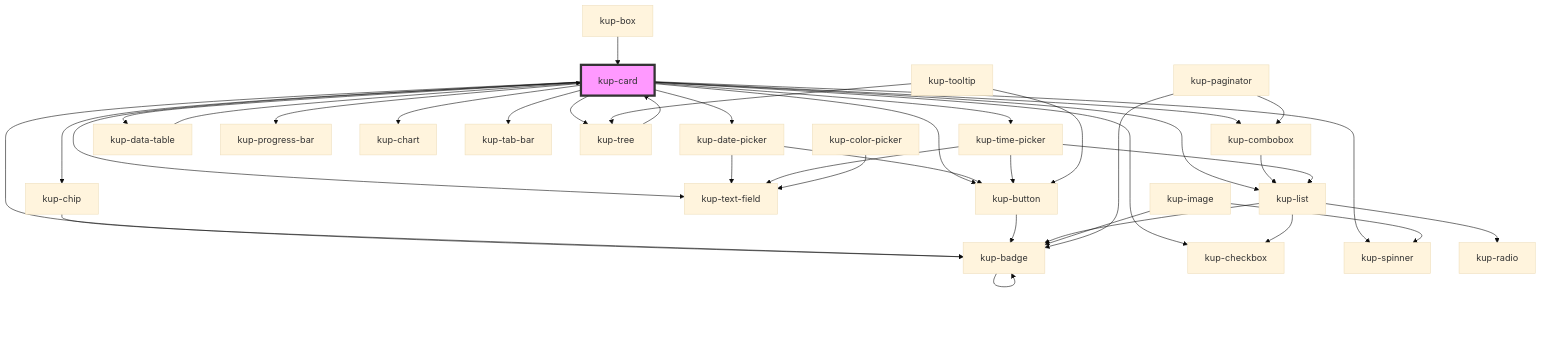
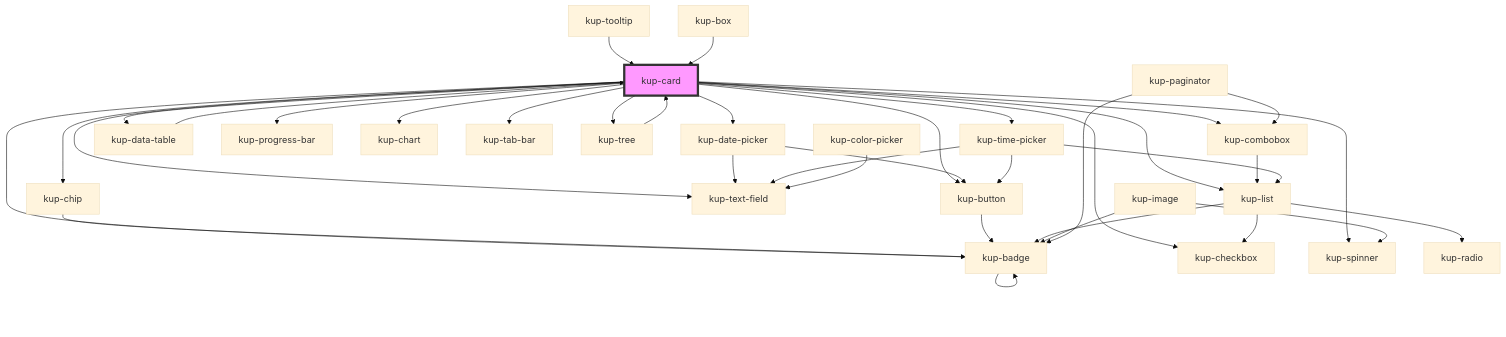
One commit to smeup/ketchup changed the diagram in packages/ketchup/src/components/kup-card/readme.md. Above: the diagram before and after it, drawn with Mermaid (base theme). The commit also changed other lines of this file and 9 other files, not shown here.

````diff
--- a/packages/ketchup/src/components/kup-card/readme.md
+++ b/packages/ketchup/src/components/kup-card/readme.md
@@ -88,41 +89,40 @@
 ```mermaid
 graph TD;
   kup-card --> kup-chip
   kup-card --> kup-badge
   kup-card --> kup-button
   kup-card --> kup-checkbox
   kup-card --> kup-combobox
   kup-card --> kup-date-picker
   kup-card --> kup-text-field
   kup-card --> kup-time-picker
   kup-card --> kup-data-table
   kup-card --> kup-list
   kup-card --> kup-progress-bar
   kup-card --> kup-chart
   kup-card --> kup-tab-bar
   kup-card --> kup-tree
   kup-card --> kup-spinner
   kup-chip --> kup-badge
   kup-badge --> kup-badge
   kup-button --> kup-badge
   kup-combobox --> kup-list
   kup-list --> kup-radio
   kup-list --> kup-checkbox
   kup-list --> kup-badge
   kup-date-picker --> kup-text-field
   kup-date-picker --> kup-button
   kup-time-picker --> kup-text-field
   kup-time-picker --> kup-button
   kup-time-picker --> kup-list
   kup-data-table --> kup-card
-  kup-tooltip --> kup-button
-  kup-tooltip --> kup-tree
+  kup-tooltip --> kup-card
   kup-tree --> kup-card
   kup-image --> kup-spinner
   kup-image --> kup-badge
   kup-color-picker --> kup-text-field
   kup-paginator --> kup-combobox
   kup-paginator --> kup-badge
   kup-box --> kup-card
   style kup-card fill:#f9f,stroke:#333,stroke-width:4px
 ```
````
